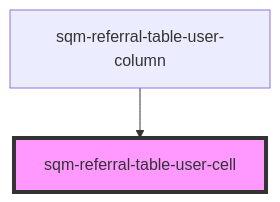
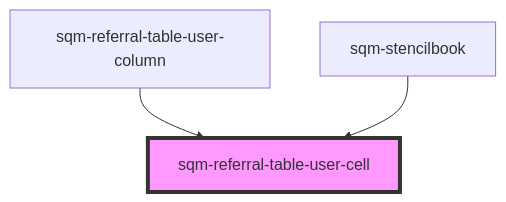
One commit to saasquatch/program-tools changed the diagram in packages/mint-components/src/components/sqm-referral-table/cells/readme.md. Above: the diagram before and after it, drawn with Mermaid. The commit also changed other lines of this file and 4 other files, not shown here.

````diff
--- a/packages/mint-components/src/components/sqm-referral-table/cells/readme.md
+++ b/packages/mint-components/src/components/sqm-referral-table/cells/readme.md
@@ -22,5 +23,6 @@
 ```mermaid
 graph TD;
   sqm-referral-table-user-column --> sqm-referral-table-user-cell
+  sqm-stencilbook --> sqm-referral-table-user-cell
   style sqm-referral-table-user-cell fill:#f9f,stroke:#333,stroke-width:4px
 ```
````
